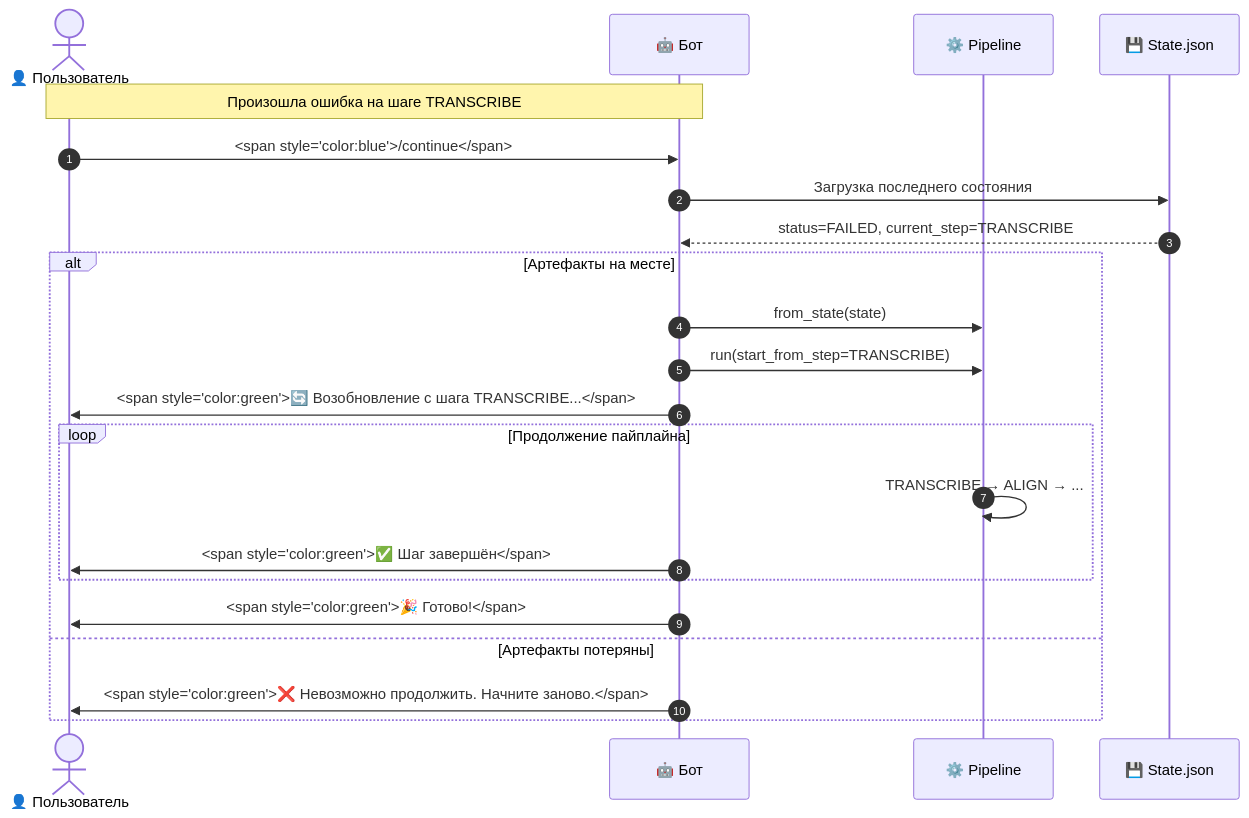
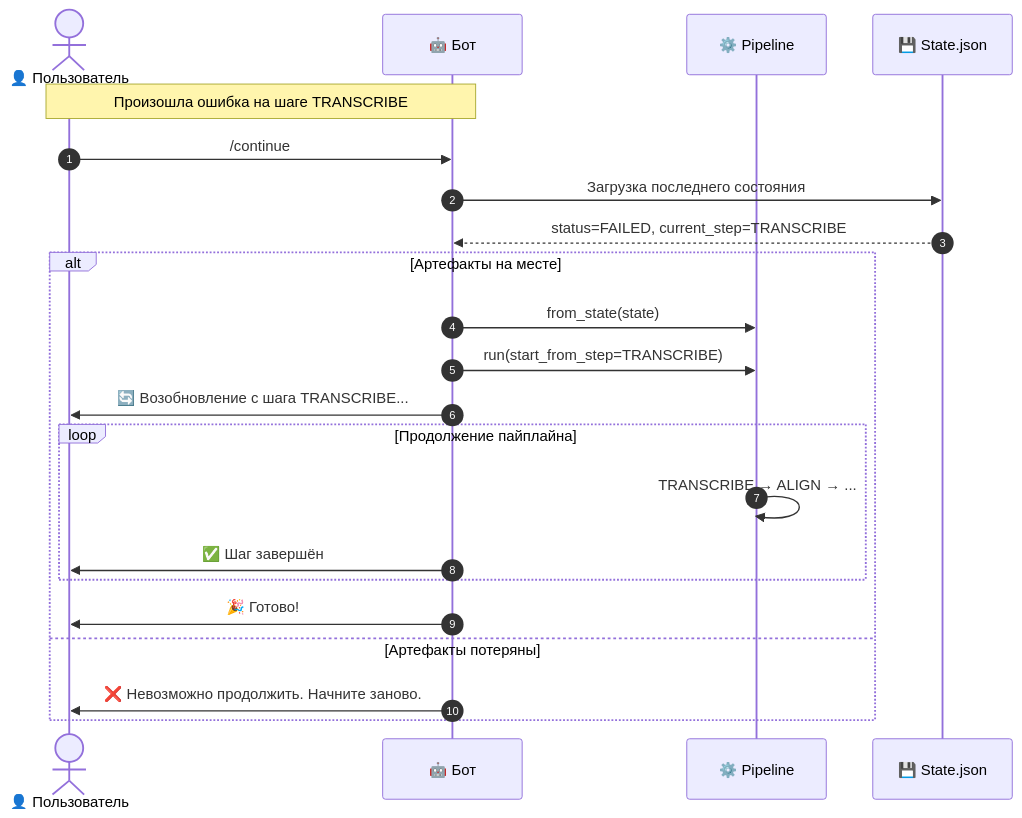
Before and after one commit to rabdalov/agent-test: the fifth of 6 diagrams in docs/architecture/message-flow.md, drawn with Mermaid. The commit also changed other lines of this file, not shown here.

````diff
--- a/docs/architecture/message-flow.md
+++ b/docs/architecture/message-flow.md
@@ -181,29 +173,29 @@
 ```mermaid
 sequenceDiagram
     autonumber
     actor U as 👤 Пользователь
     participant B as 🤖 Бот
     participant P as ⚙️ Pipeline
     participant S as 💾 State.json
 
     Note over U,B: Произошла ошибка на шаге TRANSCRIBE
     
-    U->>B: <span style="color:blue">/continue</span>
+    U->>B: /continue
     B->>S: Загрузка последнего состояния
     S-->>B: status=FAILED, current_step=TRANSCRIBE
     
     alt Артефакты на месте
         B->>P: from_state(state)
         B->>P: run(start_from_step=TRANSCRIBE)
-        B->>U: <span style="color:green">🔄 Возобновление с шага TRANSCRIBE...</span>
+        B->>U: 🔄 Возобновление с шага TRANSCRIBE...
         
         loop Продолжение пайплайна
             P->>P: TRANSCRIBE → ALIGN → ...
-            B->>U: <span style="color:green">✅ Шаг завершён</span>
+            B->>U: ✅ Шаг завершён
         end
         
-        B->>U: <span style="color:green">🎉 Готово!</span>
+        B->>U: 🎉 Готово!
     else Артефакты потеряны
-        B->>U: <span style="color:green">❌ Невозможно продолжить. Начните заново.</span>
+        B->>U: ❌ Невозможно продолжить. Начните заново.
     end
 ```
````
